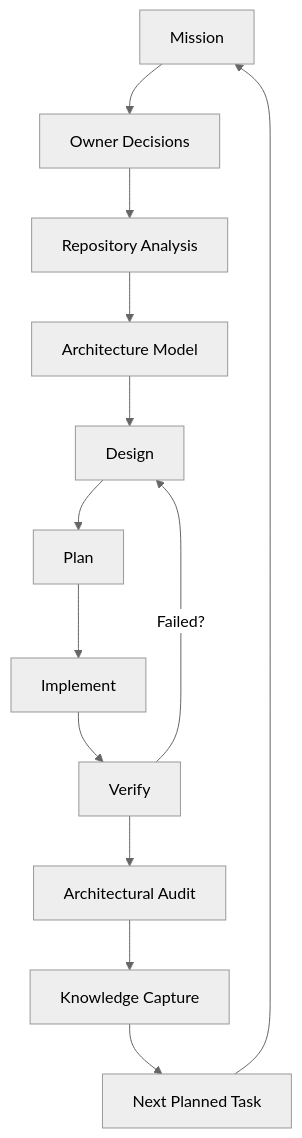
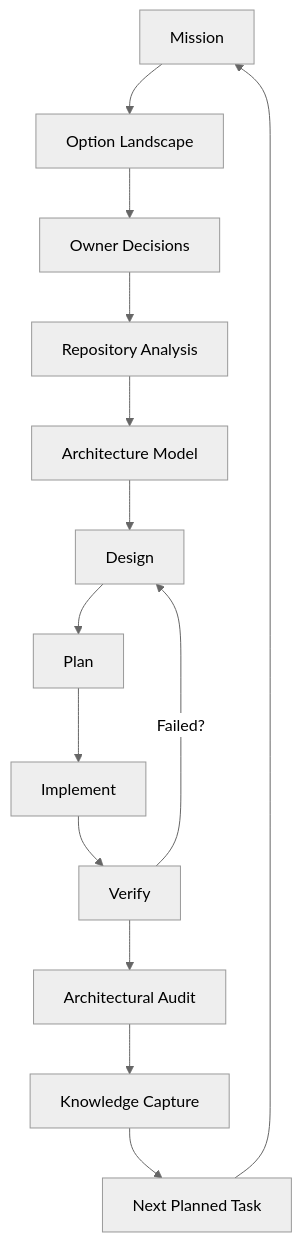
The fourth of 4 diagrams in SOFTWARE_ECOSYSTEM.md (MKRO-JWL/pjs-ecosystem-docs), drawn with Mermaid (neutral theme) before and after one commit. The commit also changed other lines of this file, not shown here.

````diff
--- a/SOFTWARE_ECOSYSTEM.md
+++ b/SOFTWARE_ECOSYSTEM.md
@@ -751,15 +762,16 @@
 ```mermaid
 flowchart TD
-    M[Mission] --> OD[Owner Decisions]
+    M[Mission] --> OL[Option Landscape]
+    OL --> OD[Owner Decisions]
     OD --> RA[Repository Analysis]
     RA --> AM[Architecture Model]
     AM --> D[Design]
     D --> P[Plan]
     P --> I[Implement]
     I --> V[Verify]
     V -->|Failed?| D
     V --> A[Architectural Audit]
     A --> KC[Knowledge Capture]
     KC --> NT[Next Planned Task]
     NT --> M
 ```
````
